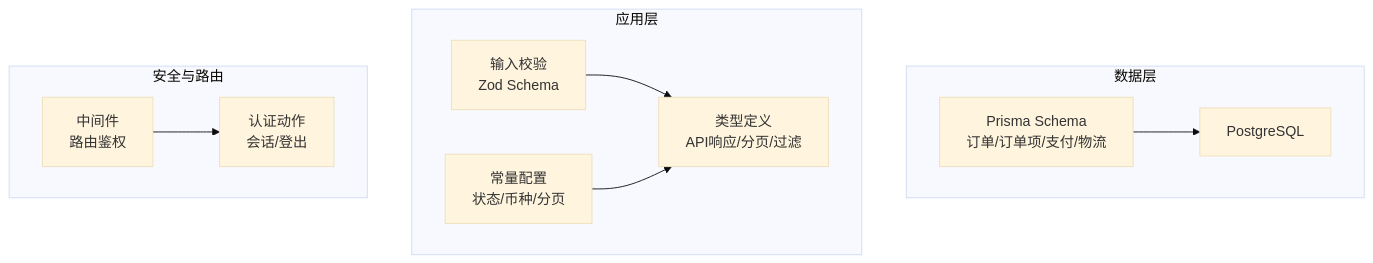
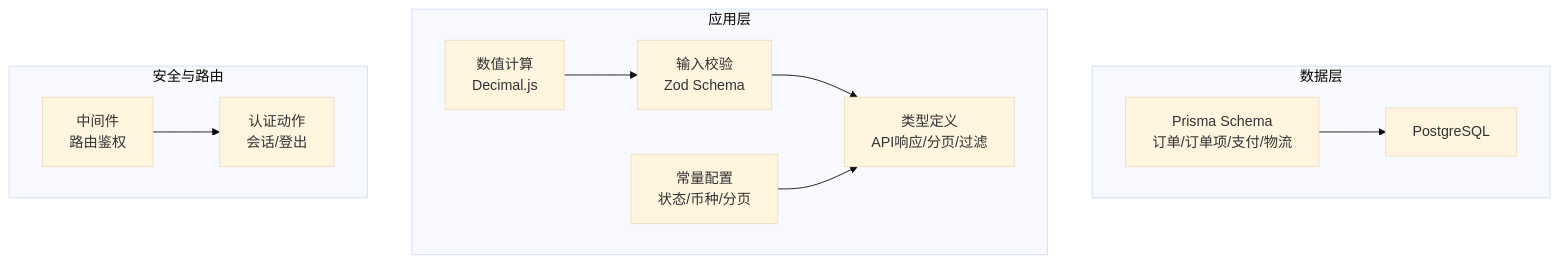
Before and after one commit to three3638-arch/celestia_2b: the first of 8 diagrams in .qoder/repowiki/zh/content/API接口文档/订单API.md, drawn with Mermaid (base theme). The commit also changed other lines of this file and 5 other files, not shown here.

````diff
--- a/.qoder/repowiki/zh/content/API接口文档/订单API.md
+++ b/.qoder/repowiki/zh/content/API接口文档/订单API.md
@@ -37,20 +46,22 @@
 ```mermaid
 graph TB
 subgraph "数据层"
 PRISMA["Prisma Schema<br/>订单/订单项/支付/物流"]
 DB["PostgreSQL"]
 end
 subgraph "应用层"
 VALID["输入校验<br/>Zod Schema"]
 TYPES["类型定义<br/>API响应/分页/过滤"]
 CONST["常量配置<br/>状态/币种/分页"]
+DECIMAL["数值计算<br/>Decimal.js"]
 end
 subgraph "安全与路由"
 MW["中间件<br/>路由鉴权"]
 AUTH["认证动作<br/>会话/登出"]
 end
 PRISMA --> DB
 VALID --> TYPES
 CONST --> TYPES
+DECIMAL --> VALID
 MW --> AUTH
 ```
````
